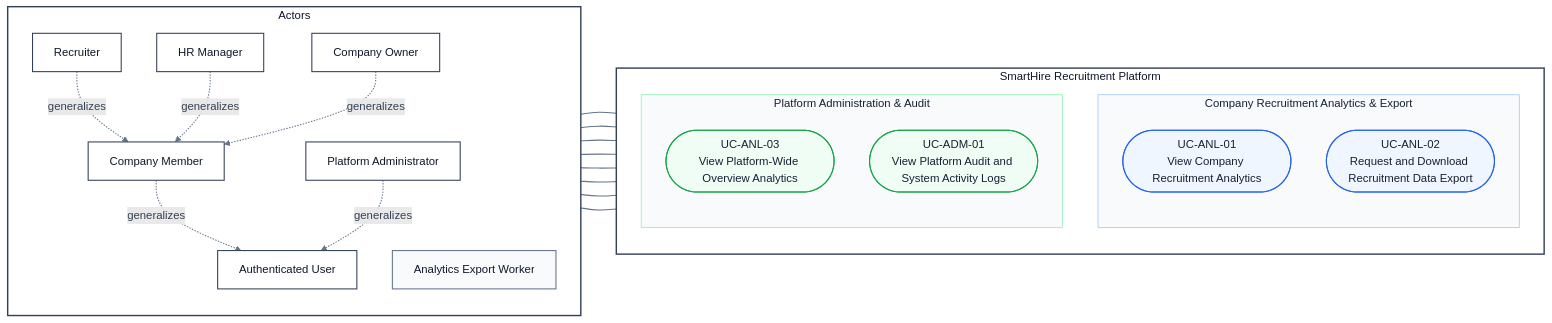
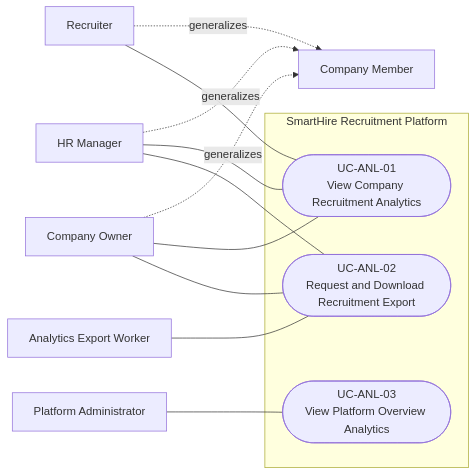
One commit to quocuy0112/Software-Engineering---Group-9 changed the diagram in docs/analysis-and-design/use_cases/diagrams/diagram_06.md. Above: the diagram before and after it, drawn with Mermaid. The commit also changed other lines of this file and 20 other files, not shown here.

````diff
--- a/docs/analysis-and-design/use_cases/diagrams/diagram_06.md
+++ b/docs/analysis-and-design/use_cases/diagrams/diagram_06.md
@@ -16,63 +5,24 @@
 ```mermaid
 flowchart LR
-    subgraph ACTORS["Actors"]
-        direction TB
-        AU["Authenticated User"]
-        CompanyMember["Company Member"]
-        Recruiter["Recruiter"]
-        HRManager["HR Manager"]
-        CompanyOwner["Company Owner"]
-        PlatformAdmin["Platform Administrator"]
-        ExportWorker["Analytics Export Worker"]
-    end
-
-    subgraph SYSTEM["SmartHire Recruitment Platform"]
-        direction TB
-        subgraph COMPANY_ANL["Company Recruitment Analytics & Export"]
-            direction TB
-            UC_ANL_01(["UC-ANL-01<br/>View Company Recruitment Analytics"])
-            UC_ANL_02(["UC-ANL-02<br/>Request and Download Recruitment Data Export"])
-        end
-
-        subgraph PLATFORM_ADMIN["Platform Administration & Audit"]
-            direction TB
-            UC_ANL_03(["UC-ANL-03<br/>View Platform-Wide Overview Analytics"])
-            UC_ADM_01(["UC-ADM-01<br/>View Platform Audit and System Activity Logs"])
-        end
-    end
-
-    %% Actor associations
-    CompanyOwner --- UC_ANL_01
-    CompanyOwner --- UC_ANL_02
-    HRManager --- UC_ANL_01
-    HRManager --- UC_ANL_02
-    Recruiter --- UC_ANL_01
-
-    PlatformAdmin --- UC_ANL_03
-    PlatformAdmin --- UC_ADM_01
-
-    ExportWorker --- UC_ANL_02
-
-    %% Actor Generalization
-    CompanyMember -. "generalizes" .-> AU
-    PlatformAdmin -. "generalizes" .-> AU
-    Recruiter -. "generalizes" .-> CompanyMember
-    HRManager -. "generalizes" .-> CompanyMember
-    CompanyOwner -. "generalizes" .-> CompanyMember
-
-    classDef actor fill:#ffffff,stroke:#334155,stroke-width:1.5px,color:#0f172a;
-    classDef supportingActor fill:#f8fafc,stroke:#64748b,stroke-width:1.5px,color:#0f172a;
-    classDef anlCase fill:#eff6ff,stroke:#2563eb,stroke-width:1.5px,color:#172033;
-    classDef admCase fill:#f0fdf4,stroke:#16a34a,stroke-width:1.5px,color:#172033;
-
-    class AU,CompanyMember,Recruiter,HRManager,CompanyOwner,PlatformAdmin actor;
-    class ExportWorker supportingActor;
-    class UC_ANL_01,UC_ANL_02 anlCase;
-    class UC_ANL_03,UC_ADM_01 admCase;
-
-    style ACTORS fill:#ffffff,stroke:#334155,stroke-width:2px,color:#0f172a
-    style SYSTEM fill:#ffffff,stroke:#334155,stroke-width:2px,color:#0f172a
-    style COMPANY_ANL fill:#f8fafc,stroke:#93c5fd,stroke-width:1px,color:#172033
-    style PLATFORM_ADMIN fill:#f8fafc,stroke:#86efac,stroke-width:1px,color:#172033
-    linkStyle default stroke:#64748b,stroke-width:1.5px,color:#334155
+  CM["Company Member"]
+  REC["Recruiter"]
+  HR["HR Manager"]
+  OWNER["Company Owner"]
+  ADMIN["Platform Administrator"]
+  WORKER["Analytics Export Worker"]
+  subgraph SMART["SmartHire Recruitment Platform"]
+    ANL1(["UC-ANL-01<br/>View Company Recruitment Analytics"])
+    ANL2(["UC-ANL-02<br/>Request and Download Recruitment Export"])
+    ANL3(["UC-ANL-03<br/>View Platform Overview Analytics"])
+  end
+  REC -. generalizes .-> CM
+  HR -. generalizes .-> CM
+  OWNER -. generalizes .-> CM
+  REC --- ANL1
+  HR --- ANL1
+  OWNER --- ANL1
+  HR --- ANL2
+  OWNER --- ANL2
+  ADMIN --- ANL3
+  WORKER --- ANL2
 ```
````
